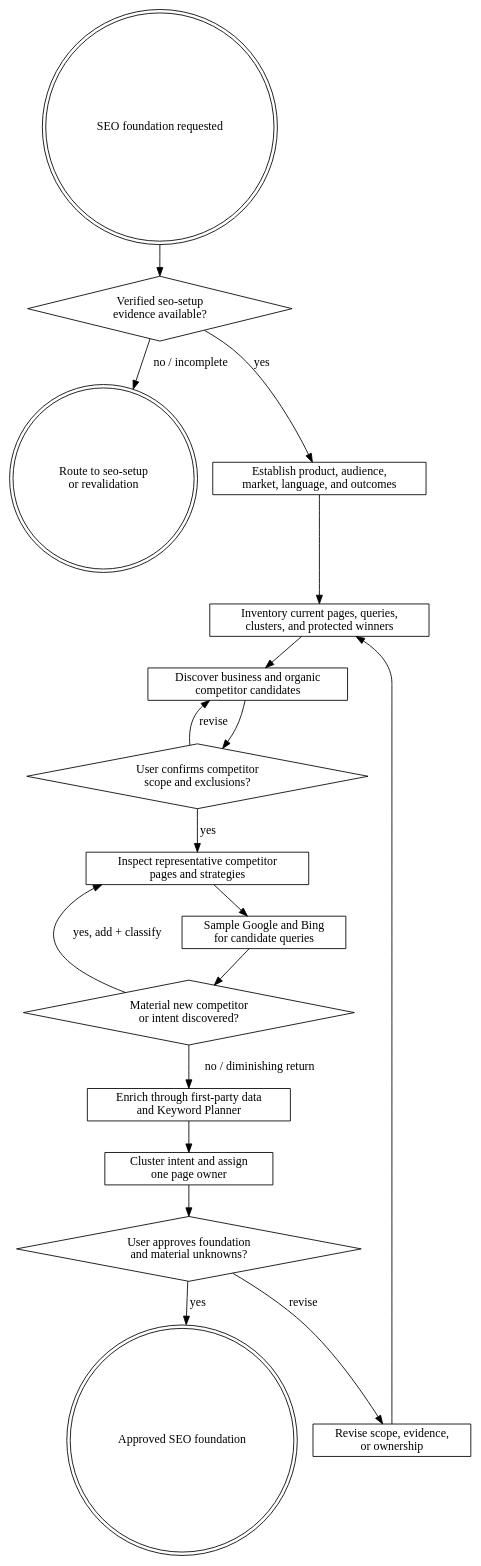
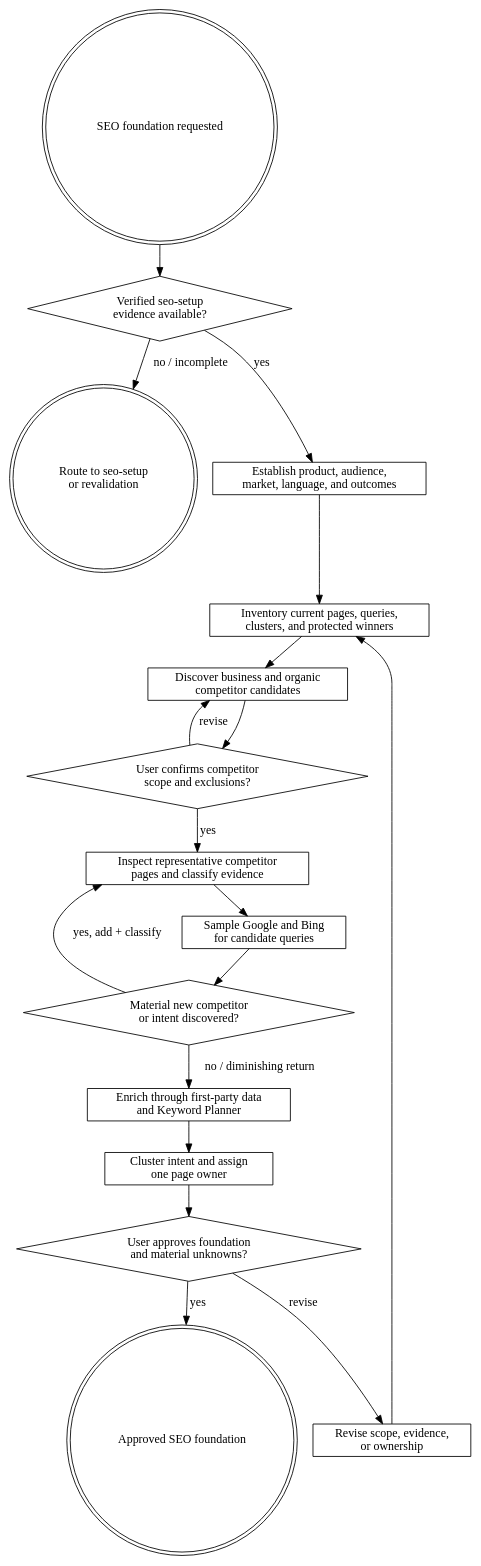
The diagram in skills/growth/seo-foundation/SKILL.md (gremlin-labs/gremlin-skills), drawn with Graphviz before and after one commit. The commit also changed other lines of this file and 115 other files, not shown here.

````diff
--- a/skills/growth/seo-foundation/SKILL.md
+++ b/skills/growth/seo-foundation/SKILL.md
@@ -10,33 +10,33 @@
 ```dot
 digraph seo_foundation {
   start [shape=doublecircle, label="SEO foundation requested"];
   setup [shape=diamond, label="Verified seo-setup\nevidence available?"];
   route_setup [shape=doublecircle, label="Route to seo-setup\nor revalidation"];
   scope [shape=box, label="Establish product, audience,\nmarket, language, and outcomes"];
   baseline [shape=box, label="Inventory current pages, queries,\nclusters, and protected winners"];
   discover [shape=box, label="Discover business and organic\ncompetitor candidates"];
   confirm [shape=diamond, label="User confirms competitor\nscope and exclusions?"];
-  inspect [shape=box, label="Inspect representative competitor\npages and strategies"];
+  inspect [shape=box, label="Inspect representative competitor\npages and classify evidence"];
   serp [shape=box, label="Sample Google and Bing\nfor candidate queries"];
   new_comp [shape=diamond, label="Material new competitor\nor intent discovered?"];
   demand [shape=box, label="Enrich through first-party data\nand Keyword Planner"];
   cluster [shape=box, label="Cluster intent and assign\none page owner"];
   approve [shape=diamond, label="User approves foundation\nand material unknowns?"];
   revise [shape=box, label="Revise scope, evidence,\nor ownership"];
   done [shape=doublecircle, label="Approved SEO foundation"];
 
   start -> setup;
   setup -> route_setup [label="no / incomplete"];
   setup -> scope [label="yes"];
   scope -> baseline -> discover -> confirm;
   confirm -> discover [label="revise"];
   confirm -> inspect [label="yes"];
   inspect -> serp -> new_comp;
   new_comp -> inspect [label="yes, add + classify"];
   new_comp -> demand [label="no / diminishing return"];
   demand -> cluster -> approve;
   approve -> revise [label="revise"];
   revise -> baseline;
   approve -> done [label="yes"];
 }
 ```
````
